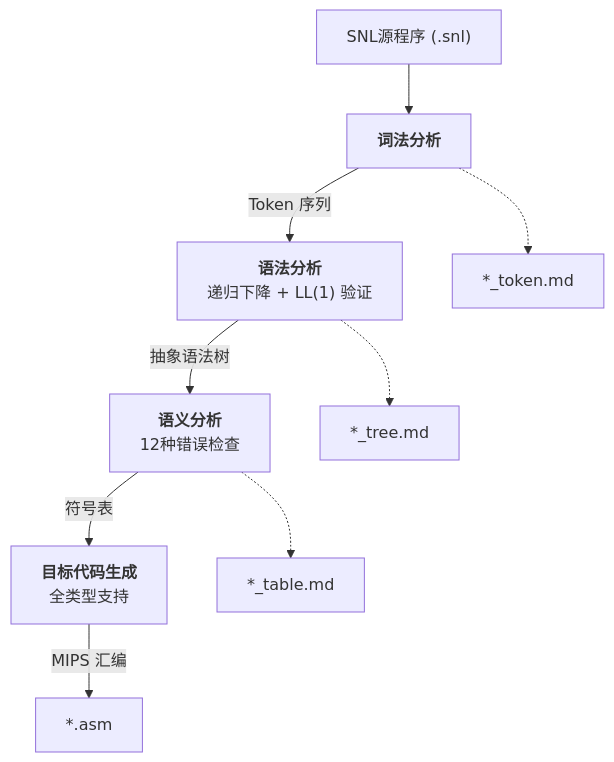
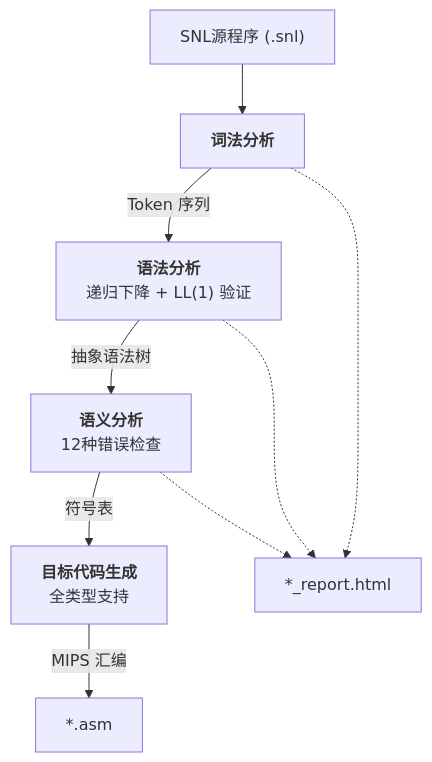
Before and after one commit to ExTNT/snl_compiler: the diagram in README.md, drawn with Mermaid. The commit also changed other lines of this file and 4 other files, not shown here.

````diff
--- a/README.md
+++ b/README.md
@@ -45,23 +45,21 @@
 ```mermaid
 flowchart TD
     SRC["SNL源程序 (.snl)"]
     LEX["<b>词法分析</b>"]
     PARSE["<b>语法分析</b><br/>递归下降 + LL(1) 验证"]
     SEM["<b>语义分析</b><br/>12种错误检查"]
     CG["<b>目标代码生成</b><br/>全类型支持"]
 
-    TOKEN["*_token.md"]
-    TREE["*_tree.md"]
-    TABLE["*_table.md"]
+    REPORT["*_report.html"]
     ASM["*.asm"]
 
     SRC --> LEX
     LEX -->|"Token 序列"| PARSE
     PARSE -->|"抽象语法树"| SEM
     SEM -->|"符号表"| CG
     CG -->|"MIPS 汇编"| ASM
 
-    LEX -.-> TOKEN
-    PARSE -.-> TREE
-    SEM -.-> TABLE
+    LEX -.-> REPORT
+    PARSE -.-> REPORT
+    SEM -.-> REPORT
 ```
````
